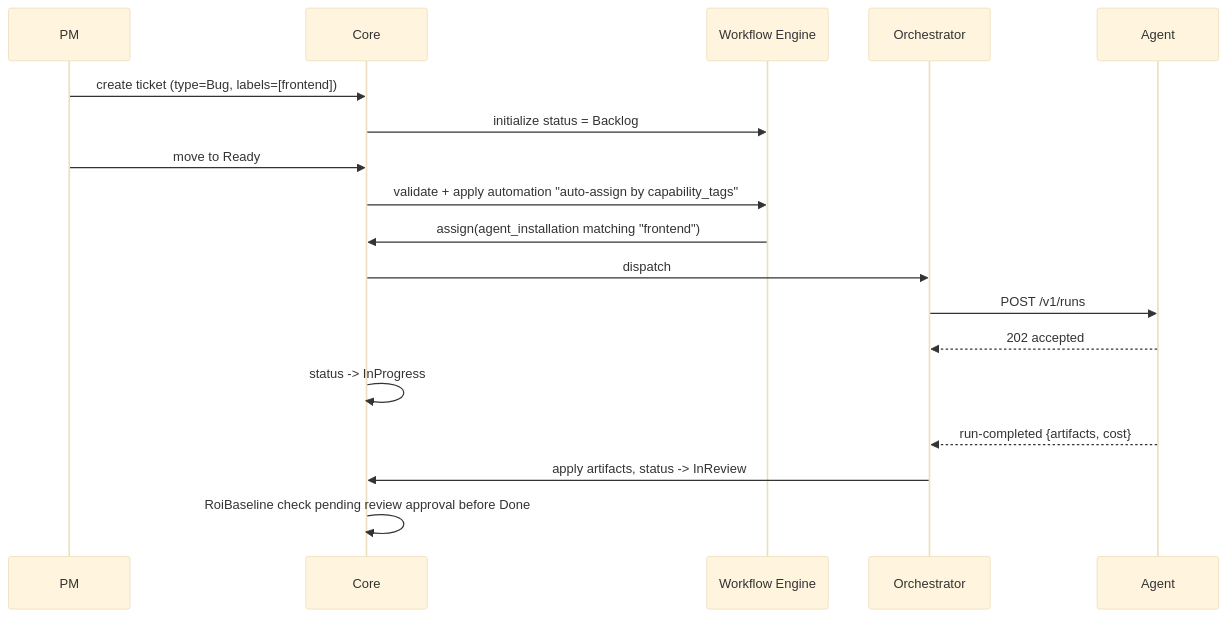
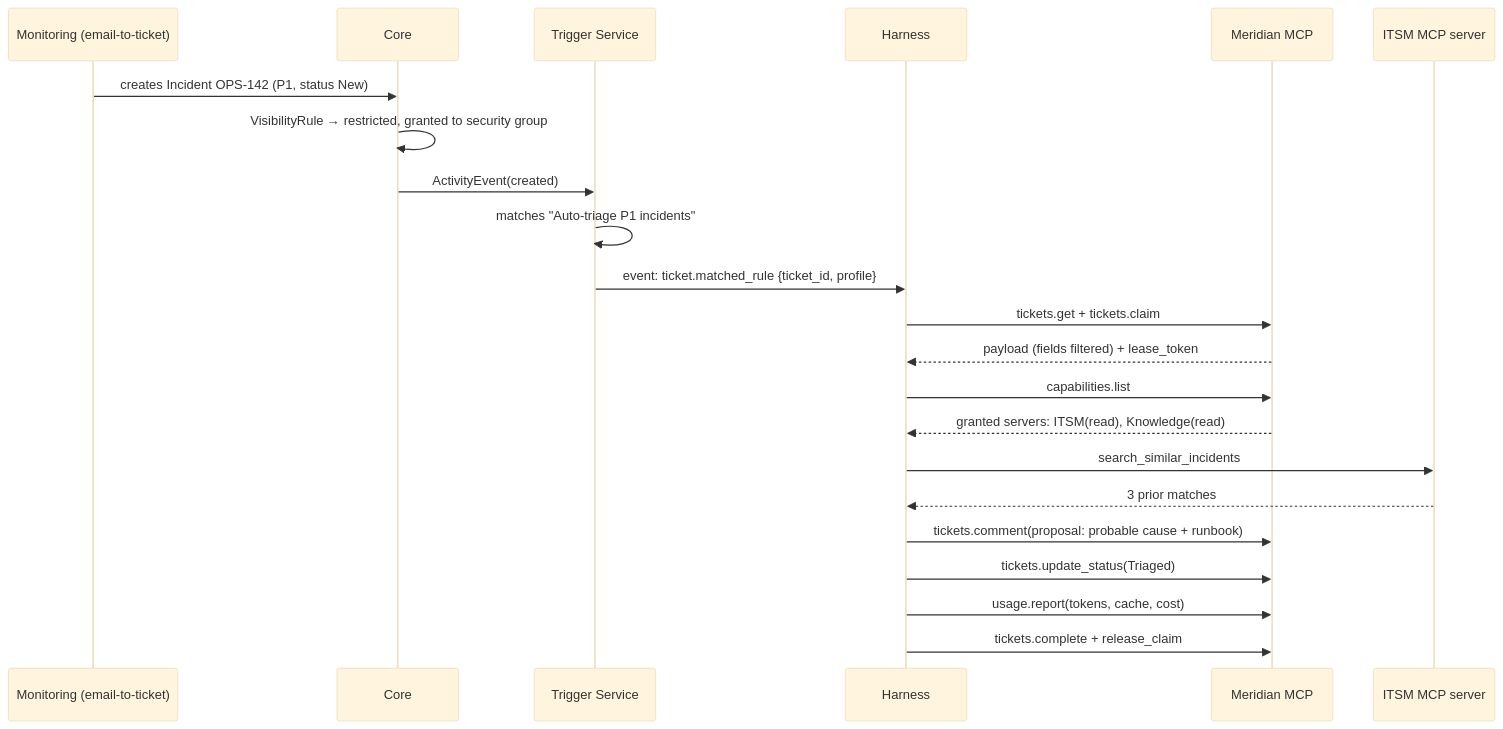
One commit to amishra213/AgentStudio changed the first of 8 diagrams in meridian/docs/05-sequence-flows.md. Above: the diagram before and after it, drawn with Mermaid (base theme). The commit also changed other lines of this file and 28 other files, not shown here.

````diff
--- a/meridian/docs/05-sequence-flows.md
+++ b/meridian/docs/05-sequence-flows.md
@@ -12,21 +11,25 @@
 ```mermaid
 sequenceDiagram
-    participant PM
+    participant Mon as Monitoring (email-to-ticket)
     participant Core
-    participant Wf as Workflow Engine
-    participant Orch as Orchestrator
-    participant Agent
+    participant Trig as Trigger Service
+    participant H as Harness
+    participant MM as Meridian MCP
+    participant ITSM as ITSM MCP server
 
-    PM->>Core: create ticket (type=Bug, labels=[frontend])
-    Core->>Wf: initialize status = Backlog
-    PM->>Core: move to Ready
-    Core->>Wf: validate + apply automation "auto-assign by capability_tags"
-    Wf->>Core: assign(agent_installation matching "frontend")
-    Core->>Orch: dispatch
-    Orch->>Agent: POST /v1/runs
-    Agent-->>Orch: 202 accepted
-    Core->>Core: status -> InProgress
-    Agent-->>Orch: run-completed {artifacts, cost}
-    Orch->>Core: apply artifacts, status -> InReview
-    Core->>Core: RoiBaseline check pending review approval before Done
+    Mon->>Core: creates Incident OPS-142 (P1, status New)
+    Core->>Core: VisibilityRule → restricted, granted to security group
+    Core->>Trig: ActivityEvent(created)
+    Trig->>Trig: matches "Auto-triage P1 incidents"
+    Trig->>H: event: ticket.matched_rule {ticket_id, profile}
+    H->>MM: tickets.get + tickets.claim
+    MM-->>H: payload (fields filtered) + lease_token
+    H->>MM: capabilities.list
+    MM-->>H: granted servers: ITSM(read), Knowledge(read)
+    H->>ITSM: search_similar_incidents
+    ITSM-->>H: 3 prior matches
+    H->>MM: tickets.comment(proposal: probable cause + runbook)
+    H->>MM: tickets.update_status(Triaged)
+    H->>MM: usage.report(tokens, cache, cost)
+    H->>MM: tickets.complete + release_claim
 ```
````
